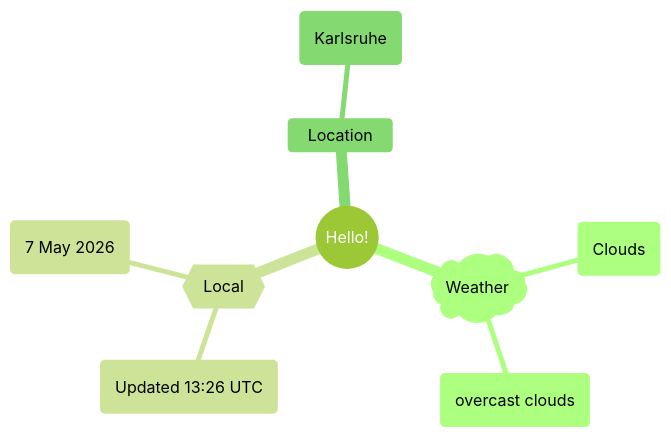
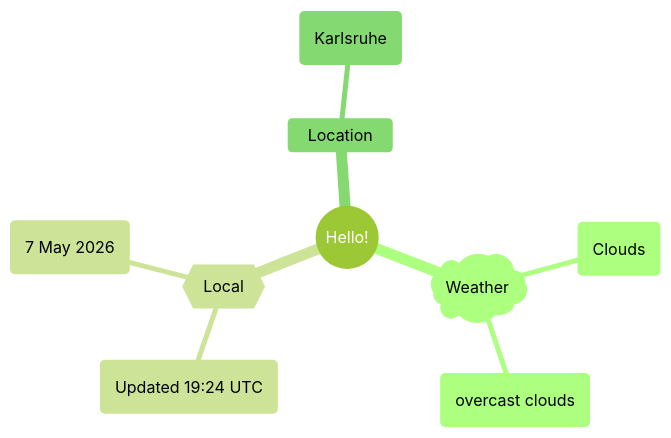
The first of 2 diagrams in README.md (Xosrov/Xosrov), drawn with Mermaid (forest theme) before and after one commit.

Commit message:
[bot] updated images

````diff
--- a/README.md
+++ b/README.md
@@ -3,12 +3,12 @@
 ```mermaid
 mindmap
   root((Hello!))
     )Weather(
         (Clouds)
         (overcast clouds)
     {{Local}}
-        (Updated 13:26 UTC)
+        (Updated 19:24 UTC)
         (7 May 2026)
     Location
         (Karlsruhe)
 ```
````
